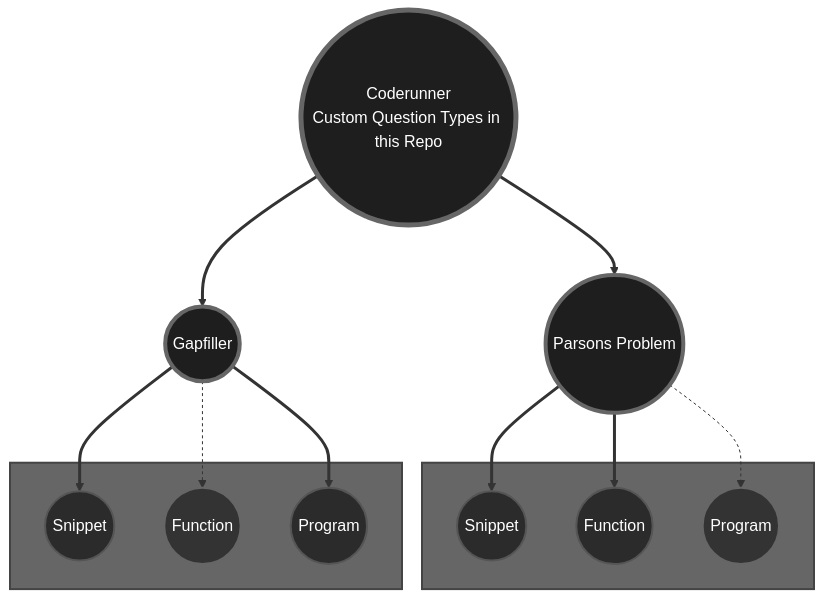
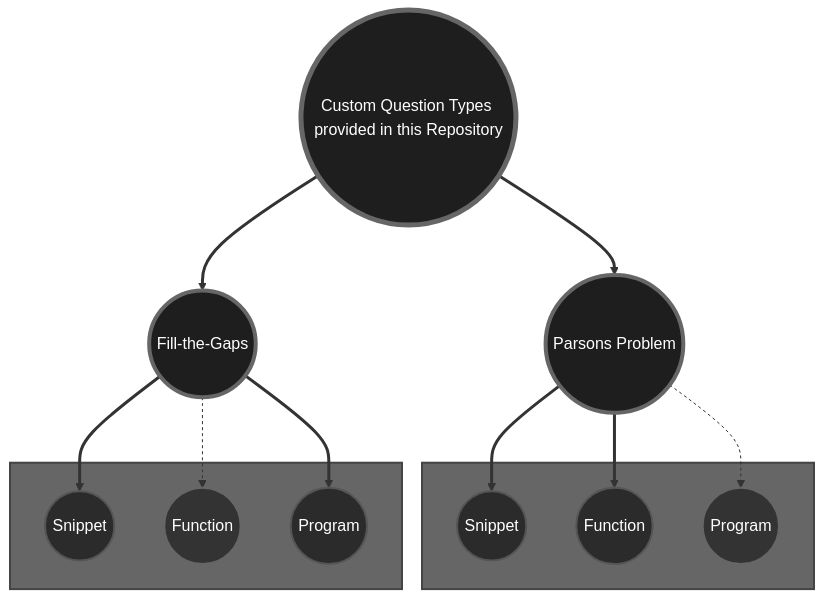
Before and after one commit to paulschoppel/Coderunner-C-Prototypes: the diagram in README.md, drawn with Mermaid.

Commit message:
extended README

````diff
--- a/README.md
+++ b/README.md
@@ -39,70 +39,70 @@
 ```mermaid
 flowchart TD
     %% Main Node
-    Coderunner((Coderunner<br/>Custom Question Types in this Repo))
+    Coderunner((Custom Question Types provided in this Repository))
 
     %% Subcategories
     ParsonsProblem((Parsons Problem))
-    Gapfiller((Gapfiller))
+    Gapfiller((Fill-the-Gaps))
 
     %% Parsons Problem Nodes
     subgraph ParsonsProblemGroup [ ]
         Snippet1((Snippet))
         Function1((Function))
         Programm1((Program))
     end
 
     %% Gapfiller Nodes
     subgraph GapfillerGroup [ ]
         Snippet2((Snippet))
         Function2((Function))
         Programm2((Program))
     end
 
     %% Hierarchical structure
     Coderunner --> ParsonsProblem
     Coderunner --> Gapfiller
 
     ParsonsProblem --> Snippet1
     ParsonsProblem --> Function1
     ParsonsProblem -.-> Programm1
 
     Gapfiller --> Snippet2
     Gapfiller -.-> Function2
     Gapfiller --> Programm2
 
     %% Styles for Main Nodes
     style Coderunner stroke-width:5px,fill:#1e1e1e,stroke:#666,color:#ffffff
     style ParsonsProblem stroke-width:4px,fill:#1e1e1e,stroke:#666,color:#ffffff
     style Gapfiller stroke-width:4px,fill:#1e1e1e,stroke:#666,color:#ffffff
 
     %% Styles for Exercise Nodes
     style Snippet1 stroke-width:2px,fill:#2b2b2b,stroke:#555,color:#ffffff
     style Function1 stroke-width:2px,fill:#2b2b2b,stroke:#555,color:#ffffff
     style Programm1 stroke-width:2px,fill:#2b2b2b,stroke:#555,color:#ffffff
 
     style Snippet2 stroke-width:2px,fill:#2b2b2b,stroke:#555,color:#ffffff
     style Function2 stroke-width:2px,fill:#2b2b2b,stroke:#555,color:#ffffff
     style Programm2 stroke-width:2px,fill:#2b2b2b,stroke:#555,color:#ffffff
 
     %% Styles for faded/dashed nodes
     style Programm1 fill:#333,stroke:#666,color:#ffffff
     style Function2 fill:#333,stroke:#666,color:#ffffff
 
     %% Link Styles
     linkStyle 0 stroke-width:3px
     linkStyle 1 stroke-width:3px
     linkStyle 2 stroke-width:3px
     linkStyle 3 stroke-width:3px
     linkStyle 4 stroke-width:1px,stroke-dasharray: 3,3
     linkStyle 5 stroke-width:3px
     linkStyle 6 stroke-width:1px,stroke-dasharray: 3,3
     linkStyle 7 stroke-width:3px
 
     %% Subgraph styles (optional background for groups)
     classDef ParsonsProblemGroupStyle fill:#666,stroke:#444,stroke-width:2px;
     classDef GapfillerGroupStyle fill:#666,stroke:#444,stroke-width:2px;
     class ParsonsProblemGroup ParsonsProblemGroupStyle;
     class GapfillerGroup GapfillerGroupStyle;
 
 ```
````
